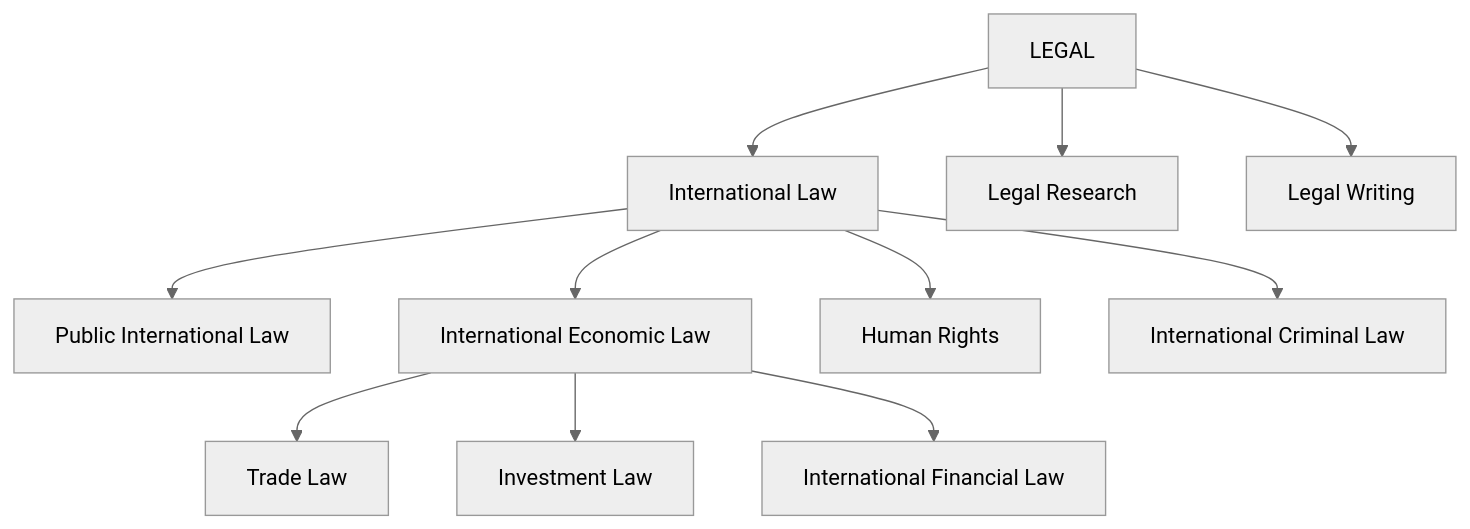
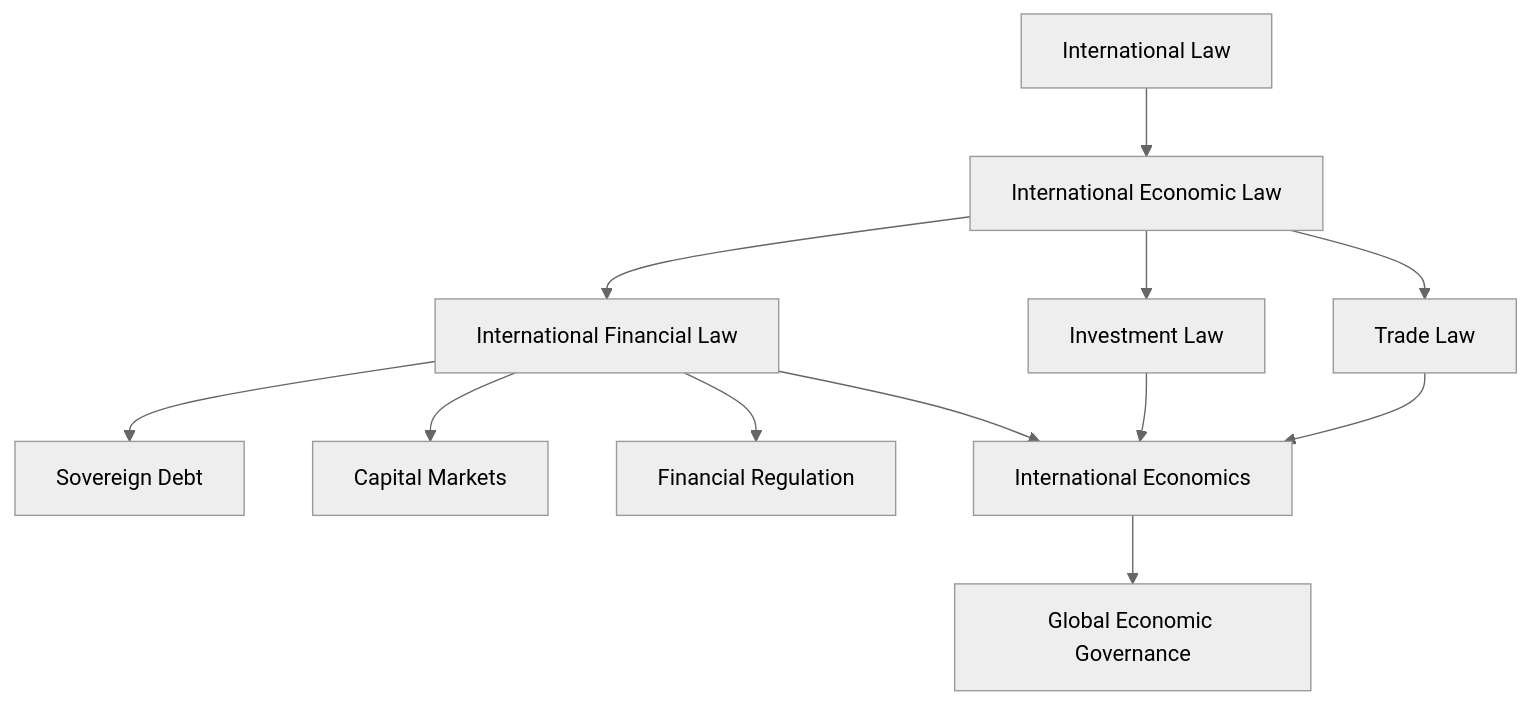
Before and after one commit to thsirisomboon/thunchanok-law: the diagram in content/index.md, drawn with Mermaid (neutral theme). The commit also changed other lines of this file, not shown here.

````diff
--- a/content/index.md
+++ b/content/index.md
@@ -93,15 +78,18 @@
 ```mermaid
 flowchart TD
-    A[LEGAL] --> B[International Law]
-    A --> C[Legal Research]
-    A --> D[Legal Writing]
+    A[International Law] --> B[International Economic Law]
 
-    B --> E[Public International Law]
-    B --> F[International Economic Law]
-    B --> G[Human Rights]
-    B --> H[International Criminal Law]
+    B --> C[Trade Law]
+    B --> D[Investment Law]
+    B --> E[International Financial Law]
 
-    F --> I[Trade Law]
-    F --> J[Investment Law]
-    F --> K[International Financial Law]
+    E --> F[Sovereign Debt]
+    E --> G[Capital Markets]
+    E --> H[Financial Regulation]
+
+    C --> I[International Economics]
+    D --> I
+    E --> I
+
+    I --> J[Global Economic Governance]
 ```
````
